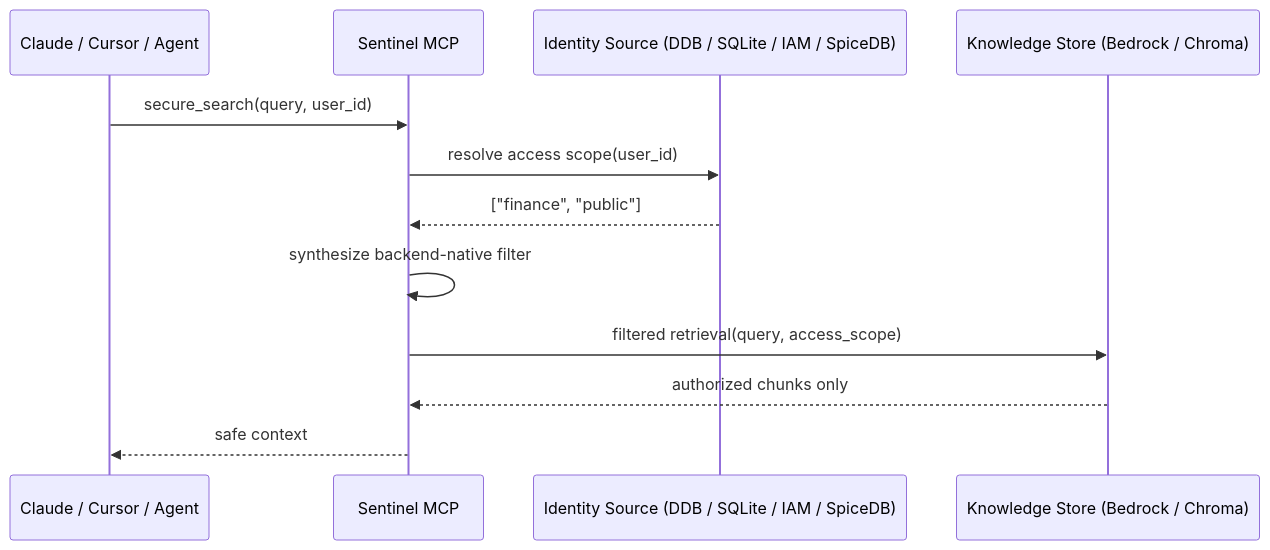
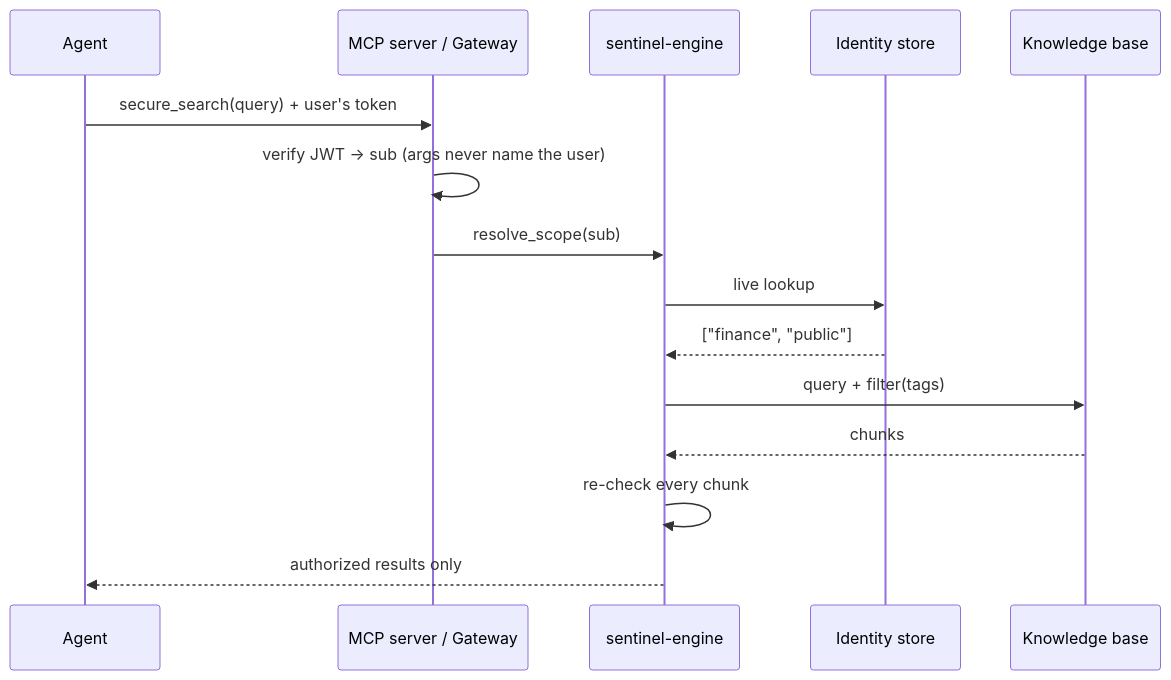
Before and after one commit to aashishravindran/Sentinel: the diagram in README.md, drawn with Mermaid. The commit also changed other lines of this file and 30 other files, not shown here.

````diff
--- a/README.md
+++ b/README.md
@@ -73,15 +51,18 @@
 ```mermaid
 sequenceDiagram
-    participant AI as Claude / Cursor / Agent
-    participant S as Sentinel MCP
-    participant I as Identity Source (DDB / SQLite / IAM / SpiceDB)
-    participant K as Knowledge Store (Bedrock / Chroma)
+    participant A as Agent
+    participant G as MCP server / Gateway
+    participant E as sentinel-engine
+    participant I as Identity store
+    participant K as Knowledge base
 
-    AI->>S: secure_search(query, user_id)
-    S->>I: resolve access scope(user_id)
-    I-->>S: ["finance", "public"]
-    S->>S: synthesize backend-native filter
-    S->>K: filtered retrieval(query, access_scope)
-    K-->>S: authorized chunks only
-    S-->>AI: safe context
+    A->>G: secure_search(query) + user's token
+    G->>G: verify JWT → sub (args never name the user)
+    G->>E: resolve_scope(sub)
+    E->>I: live lookup
+    I-->>E: ["finance", "public"]
+    E->>K: query + filter(tags)
+    K-->>E: chunks
+    E->>E: re-check every chunk
+    E-->>A: authorized results only
 ```
````
